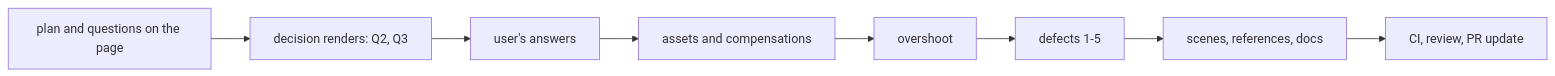
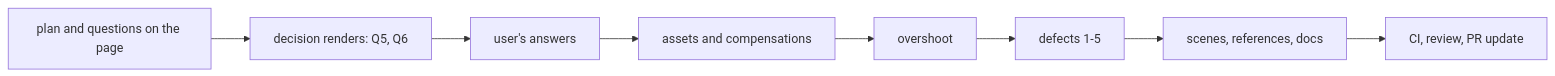
The seventh of 7 diagrams in plans/2026-11-12-mcp-flat-sessions.md (simplex-chat/simplex-chat), drawn with Mermaid before and after one commit. The commit also changed other lines of this file, not shown here.

Commit message:
plans: flat sessions, questions numbered as answered, neighbours of hidden rows, overshoot note

````diff
--- a/plans/2026-11-12-mcp-flat-sessions.md
+++ b/plans/2026-11-12-mcp-flat-sessions.md
@@ -814,10 +798,10 @@
 ```mermaid
 flowchart LR
-  P[plan and questions on the page] --> R[decision renders: Q2, Q3]
+  P[plan and questions on the page] --> R[decision renders: Q5, Q6]
   R --> U[user's answers]
   U --> A[assets and compensations]
   A --> O[overshoot]
   O --> D[defects 1-5]
   D --> S[scenes, references, docs]
   S --> C[CI, review, PR update]
 ```
````
